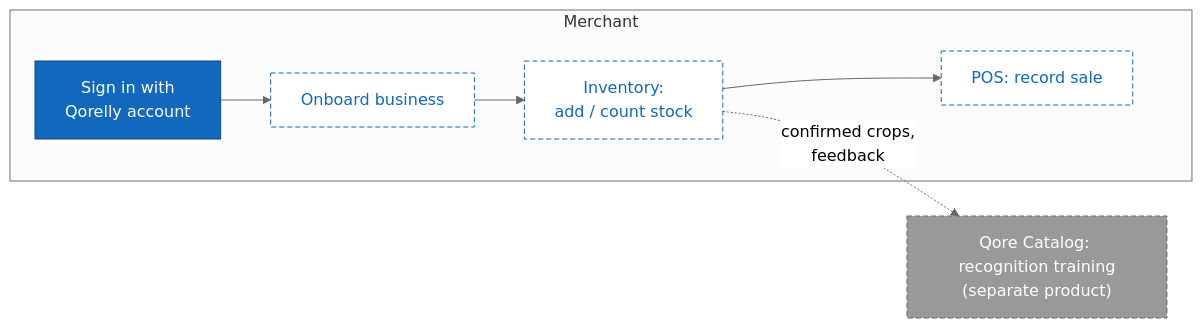
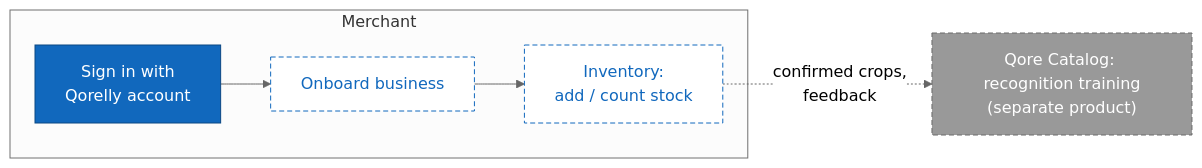
The diagram in docs/diagrams/mermaid/system-flowchart.mmd (usecorehq/tally), drawn with Mermaid before and after one commit. The commit also changed 41 other files, not shown here.

```diff
--- a/docs/diagrams/mermaid/system-flowchart.mmd
+++ b/docs/diagrams/mermaid/system-flowchart.mmd
@@ -1,16 +1,15 @@
 %%{init: {"theme": "neutral"} }%%
 flowchart LR
     subgraph merchantSide[" Merchant "]
         signup["Sign in with<br/>Qorelly account"]:::built
         onboard["Onboard business"]:::planned
         inv["Inventory:<br/>add / count stock"]:::planned
-        pos["POS: record sale"]:::planned
     end
     qcTrain["Qore Catalog: recognition training<br/>(separate product)"]:::plannedExt
 
-    signup --> onboard --> inv --> pos
+    signup --> onboard --> inv
     inv -. "confirmed crops,<br/>feedback" .-> qcTrain
 
     classDef built fill:#1168bd,stroke:#0b4884,color:#fff
     classDef planned fill:#ffffff,stroke:#1168bd,color:#1168bd,stroke-dasharray: 5 3
     classDef plannedExt fill:#999999,stroke:#6b6b6b,color:#fff,stroke-dasharray: 5 3
```
